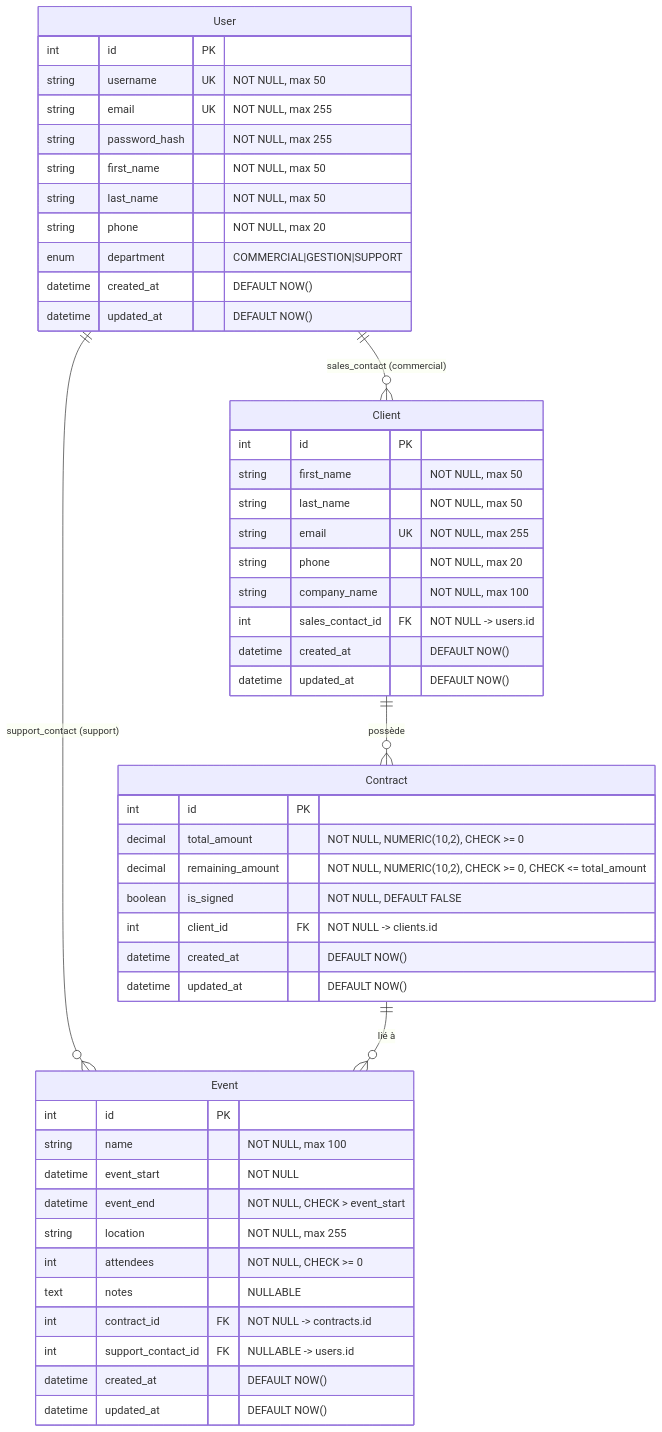
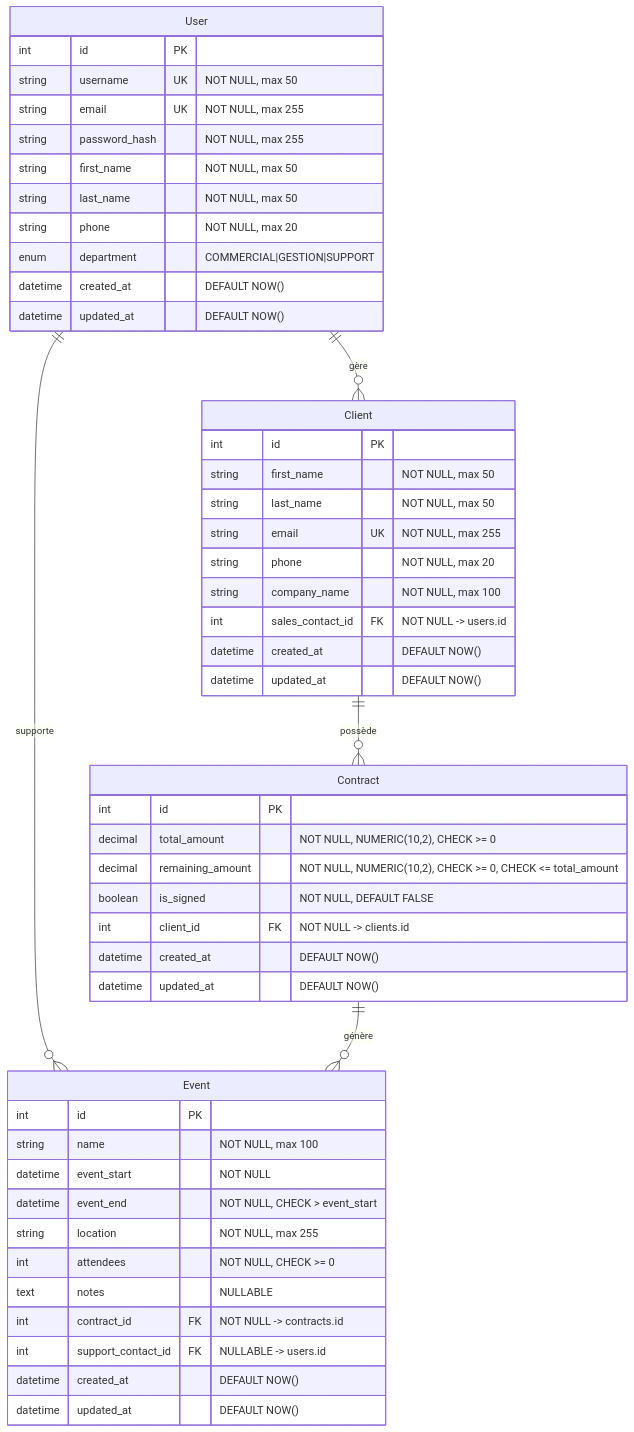
The diagram in docs/ARCHITECTURE_DIAGRAMS.md (SebGris/project-12-architecture-back-end), drawn with Mermaid before and after one commit.

Commit message:
refactor(docs): Simplifier les labels de relations ERD avec des verbes
🤖 Generated with [Claude Code](https://claude.com/claude-code)

````diff
--- a/docs/ARCHITECTURE_DIAGRAMS.md
+++ b/docs/ARCHITECTURE_DIAGRAMS.md
@@ -3,56 +3,56 @@
 ```mermaid
 erDiagram
-    User ||--o{ Client : "sales_contact (commercial)"
-    User ||--o{ Event : "support_contact (support)"
-    Client ||--o{ Contract : "possède"
-    Contract ||--o{ Event : "lié à"
+    User ||--o{ Client : gère
+    User ||--o{ Event : supporte
+    Client ||--o{ Contract : possède
+    Contract ||--o{ Event : génère
 
     User {
         int id PK
         string username UK "NOT NULL, max 50"
         string email UK "NOT NULL, max 255"
         string password_hash "NOT NULL, max 255"
         string first_name "NOT NULL, max 50"
         string last_name "NOT NULL, max 50"
         string phone "NOT NULL, max 20"
         enum department "COMMERCIAL|GESTION|SUPPORT"
         datetime created_at "DEFAULT NOW()"
         datetime updated_at "DEFAULT NOW()"
     }
 
     Client {
         int id PK
         string first_name "NOT NULL, max 50"
         string last_name "NOT NULL, max 50"
         string email UK "NOT NULL, max 255"
         string phone "NOT NULL, max 20"
         string company_name "NOT NULL, max 100"
         int sales_contact_id FK "NOT NULL -> users.id"
         datetime created_at "DEFAULT NOW()"
         datetime updated_at "DEFAULT NOW()"
     }
 
     Contract {
         int id PK
         decimal total_amount "NOT NULL, NUMERIC(10,2), CHECK >= 0"
         decimal remaining_amount "NOT NULL, NUMERIC(10,2), CHECK >= 0, CHECK <= total_amount"
         boolean is_signed "NOT NULL, DEFAULT FALSE"
         int client_id FK "NOT NULL -> clients.id"
         datetime created_at "DEFAULT NOW()"
         datetime updated_at "DEFAULT NOW()"
     }
 
     Event {
         int id PK
         string name "NOT NULL, max 100"
         datetime event_start "NOT NULL"
         datetime event_end "NOT NULL, CHECK > event_start"
         string location "NOT NULL, max 255"
         int attendees "NOT NULL, CHECK >= 0"
         text notes "NULLABLE"
         int contract_id FK "NOT NULL -> contracts.id"
         int support_contact_id FK "NULLABLE -> users.id"
         datetime created_at "DEFAULT NOW()"
         datetime updated_at "DEFAULT NOW()"
     }
 ```
````
